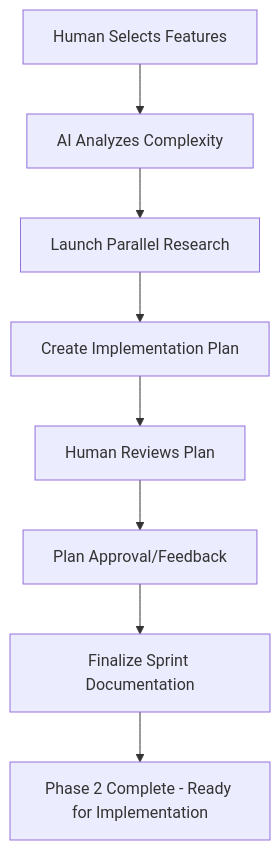
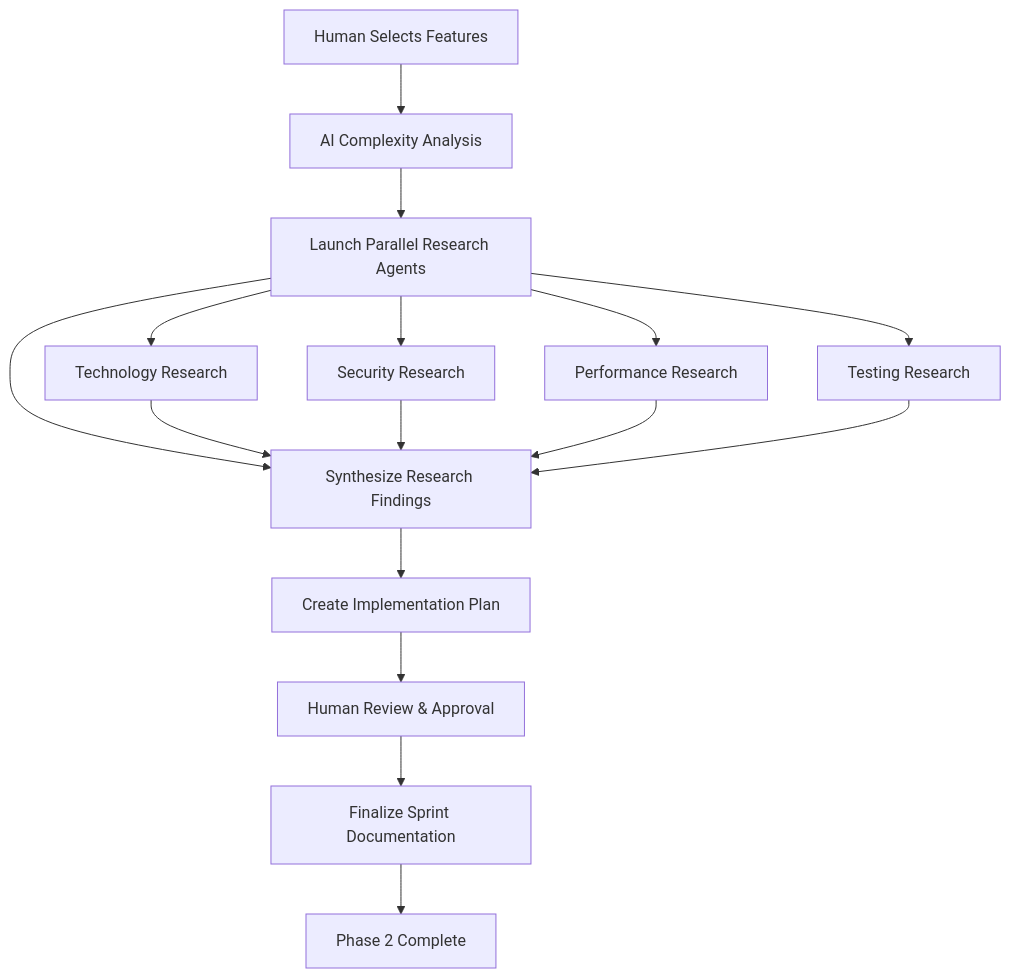
Before and after one commit to Cyonx818/CE-DPS: the second of 2 diagrams in methodology/ai-implementation/phase-2-sprint.md, drawn with Mermaid. The commit also changed other lines of this file and 8 other files, not shown here.

````diff
--- a/methodology/ai-implementation/phase-2-sprint.md
+++ b/methodology/ai-implementation/phase-2-sprint.md
@@ -116,10 +259,19 @@
 ```mermaid
 graph TD
-    A[Human Selects Features] --> B[AI Analyzes Complexity]
-    B --> C[Launch Parallel Research]
-    C --> D[Create Implementation Plan]
-    D --> E[Human Reviews Plan]
-    E --> F[Plan Approval/Feedback]
+    A[Human Selects Features] --> B[AI Complexity Analysis]
+    B --> C[Launch Parallel Research Agents]
+    C --> D[Synthesize Research Findings]
+    D --> E[Create Implementation Plan]
+    E --> F[Human Review & Approval]
     F --> G[Finalize Sprint Documentation]
-    G --> H[Phase 2 Complete - Ready for Implementation]
+    G --> H[Phase 2 Complete]
+    
+    C --> C1[Technology Research]
+    C --> C2[Security Research]
+    C --> C3[Performance Research] 
+    C --> C4[Testing Research]
+    C1 --> D
+    C2 --> D
+    C3 --> D
+    C4 --> D
 ```
````
